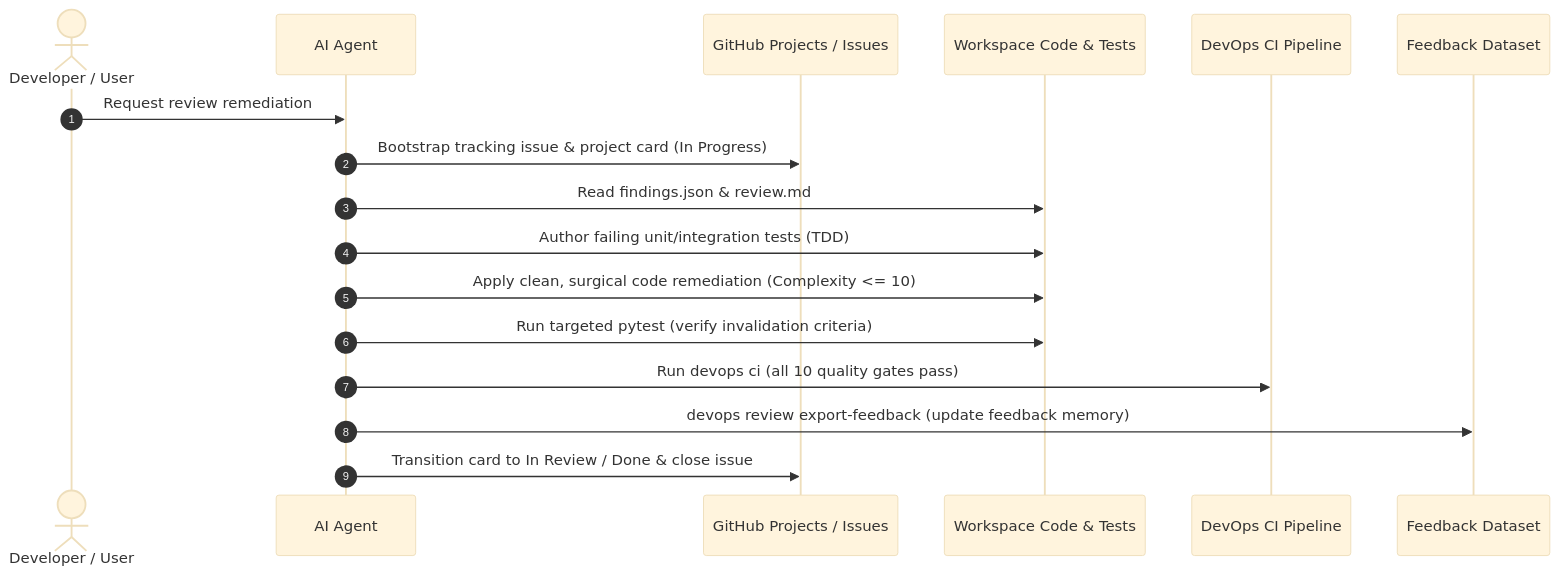
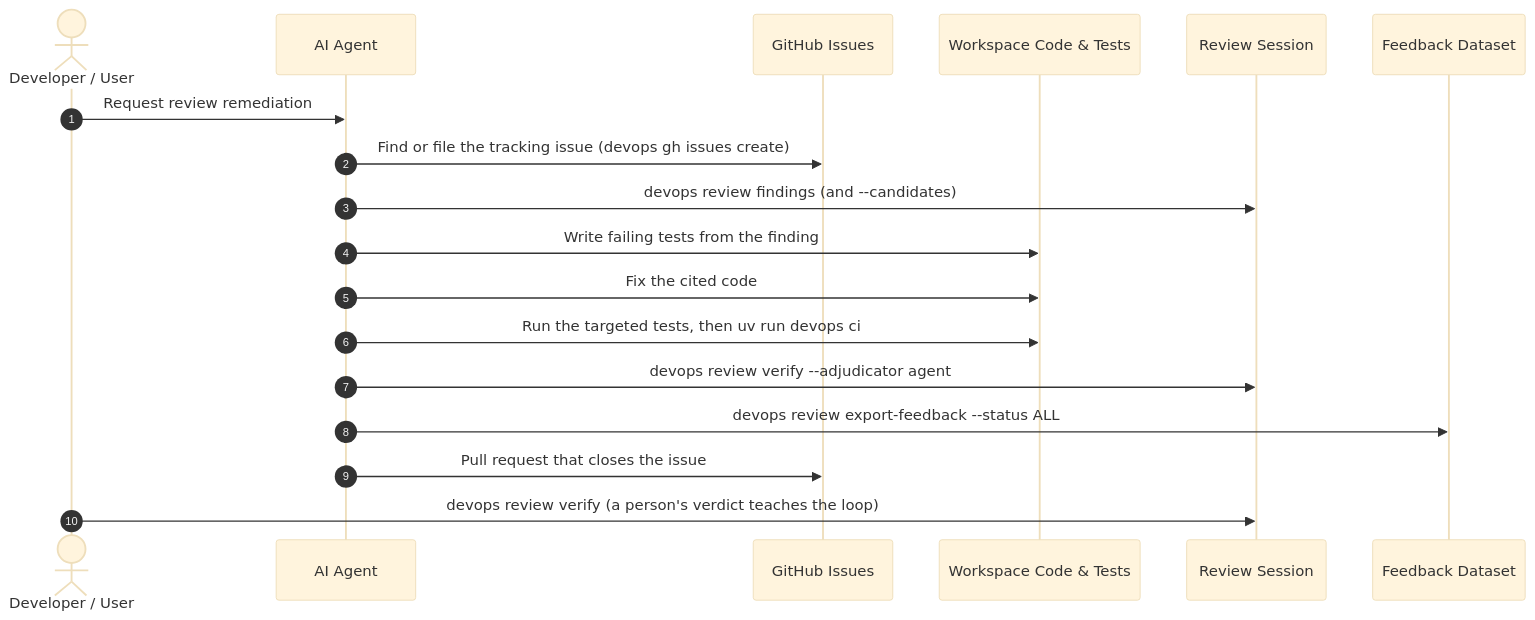
Before and after one commit to dan-petty/devops-cli: the second of 2 diagrams in docs/SELF_IMPROVEMENT.md, drawn with Mermaid (base theme). The commit also changed other lines of this file and 608 other files, not shown here.

````diff
--- a/docs/SELF_IMPROVEMENT.md
+++ b/docs/SELF_IMPROVEMENT.md
@@ -313,20 +535,21 @@
 ```mermaid
 sequenceDiagram
     autonumber
-    actor Developer as Developer / User
+    actor Person as Developer / User
     participant Agent as AI Agent
-    participant GH as GitHub Projects / Issues
+    participant GH as GitHub Issues
     participant Code as Workspace Code & Tests
-    participant CI as DevOps CI Pipeline
-    participant Memory as Feedback Dataset
+    participant Session as Review Session
+    participant Dataset as Feedback Dataset
 
-    Developer->>Agent: Request review remediation
-    Agent->>GH: Bootstrap tracking issue & project card (In Progress)
-    Agent->>Code: Read findings.json & review.md
-    Agent->>Code: Author failing unit/integration tests (TDD)
-    Agent->>Code: Apply clean, surgical code remediation (Complexity <= 10)
-    Agent->>Code: Run targeted pytest (verify invalidation criteria)
-    Agent->>CI: Run devops ci (all 10 quality gates pass)
-    Agent->>Memory: devops review export-feedback (update feedback memory)
-    Agent->>GH: Transition card to In Review / Done & close issue
+    Person->>Agent: Request review remediation
+    Agent->>GH: Find or file the tracking issue (devops gh issues create)
+    Agent->>Session: devops review findings (and --candidates)
+    Agent->>Code: Write failing tests from the finding
+    Agent->>Code: Fix the cited code
+    Agent->>Code: Run the targeted tests, then uv run devops ci
+    Agent->>Session: devops review verify --adjudicator agent
+    Agent->>Dataset: devops review export-feedback --status ALL
+    Agent->>GH: Pull request that closes the issue
+    Person->>Session: devops review verify (a person's verdict teaches the loop)
 ```
````
